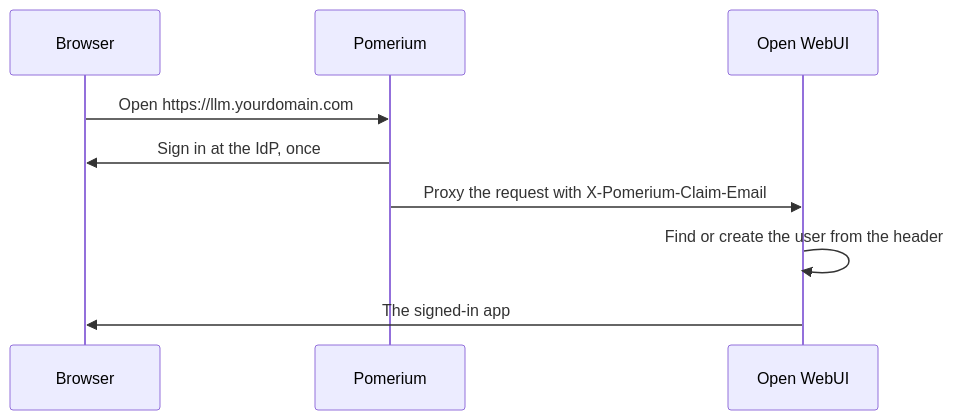
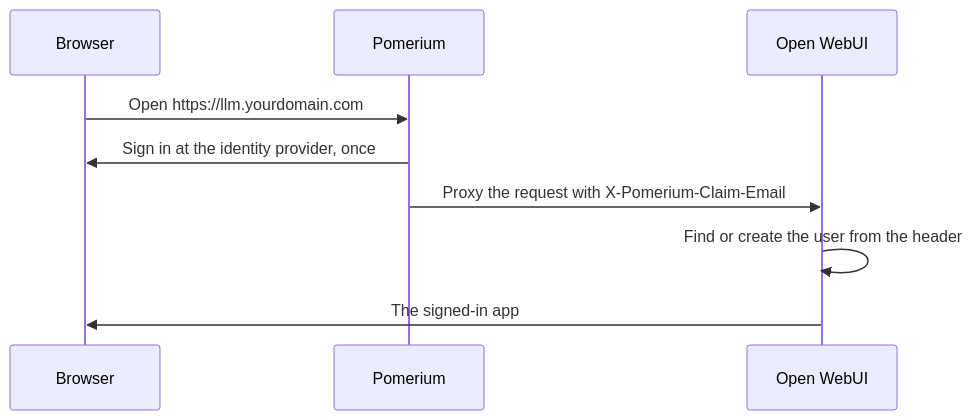
One commit to pomerium/documentation changed the second of 2 diagrams in content/docs/guides/llm.mdx. Above: the diagram before and after it, drawn with Mermaid. The commit also changed other lines of this file, not shown here.

````diff
--- a/content/docs/guides/llm.mdx
+++ b/content/docs/guides/llm.mdx
@@ -226,11 +228,11 @@
 ```mermaid
 sequenceDiagram
   participant B as Browser
   participant P as Pomerium
   participant W as Open WebUI
   B->>P: Open https://llm.yourdomain.com
-  P->>B: Sign in at the IdP, once
+  P->>B: Sign in at the identity provider, once
   P->>W: Proxy the request with X-Pomerium-Claim-Email
   W->>W: Find or create the user from the header
   W->>B: The signed-in app
 ```
````
